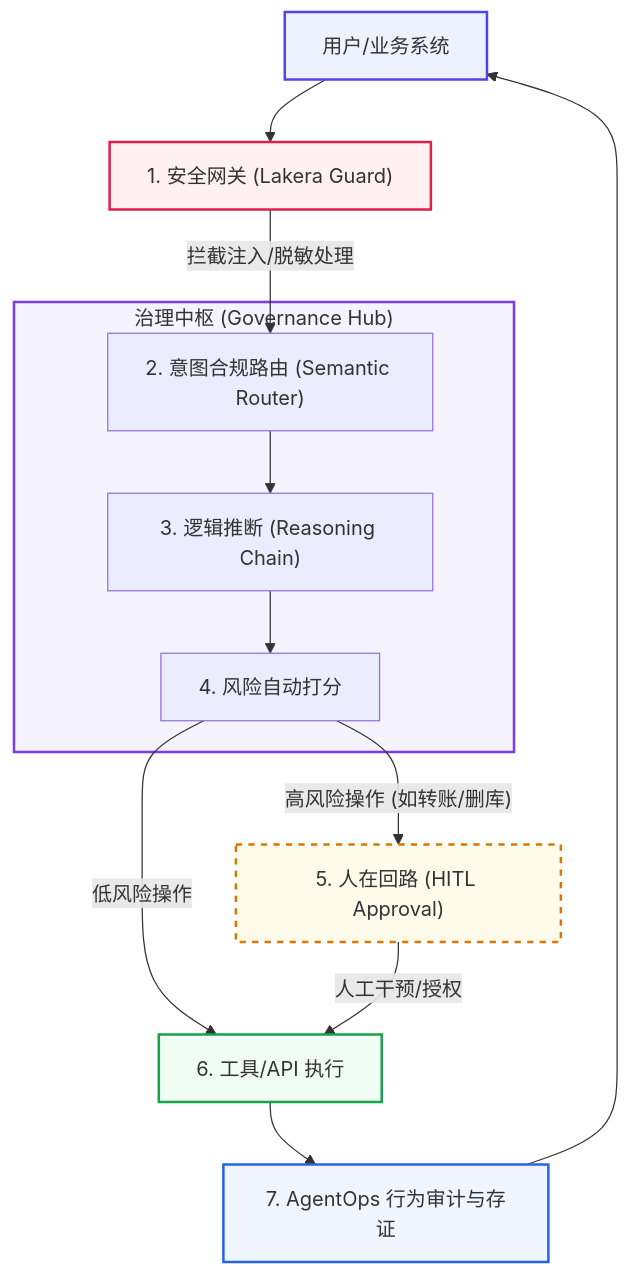
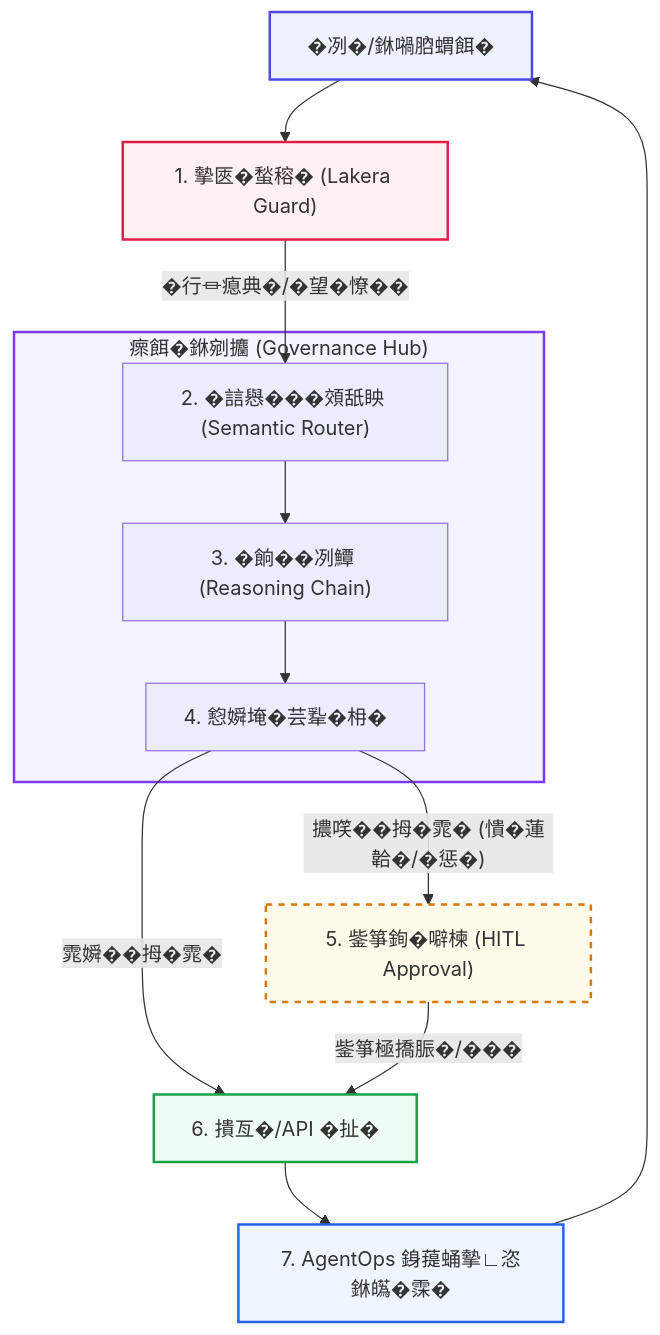
Before and after one commit to wangchong2023/lang-chain-graph: diagram 14 of 16 in doc/AI_Knowledge_Roadmap.md, drawn with Mermaid. The commit also changed other lines of this file, not shown here.

Commit message:
docs: update AI knowledge roadmap with new learning milestones

````diff
--- a/doc/AI_Knowledge_Roadmap.md
+++ b/doc/AI_Knowledge_Roadmap.md
@@ -1179,25 +1154,25 @@
 ```mermaid
 graph TD
-    User["用户/业务系统"] --> EntryGate["1. 安全网关 (Lakera Guard)"]
-    EntryGate -- "拦截注入/脱敏处理" --> Router["2. 意图合规路由 (Semantic Router)"]
+    User["�冽�/銝𡁜𦛚蝟餌�"] --> EntryGate["1. 摰匧�蝵穃� (Lakera Guard)"]
+    EntryGate -- "�行⏛瘜典�/�望�憭��" --> Router["2. �誩㦛���頝舐眏 (Semantic Router)"]
     
-    subgraph GovHub ["治理中枢 (Governance Hub)"]
-        Router --> Reasoning["3. 逻辑推断 (Reasoning Chain)"]
-        Reasoning --> RiskScoring["4. 风险自动打分"]
+    subgraph GovHub ["瘝餌�銝剜攟 (Governance Hub)"]
+        Router --> Reasoning["3. �餉��冽鱏 (Reasoning Chain)"]
+        Reasoning --> RiskScoring["4. 憌𡡞埯�芸𢆡�枏�"]
     end
     
-    RiskScoring -- "高风险操作 (如转账/删库)" --> HITL["5. 人在回路 (HITL Approval)"]
-    RiskScoring -- "低风险操作" --> Execute["6. 工具/API 执行"]
+    RiskScoring -- "擃㗛��拇�雿� (憒�蓮韐�/�惩�)" --> HITL["5. 鈭箏銁�噼楝 (HITL Approval)"]
+    RiskScoring -- "雿𡡞��拇�雿�" --> Execute["6. 撌亙�/API �扯�"]
     
-    HITL -- "人工干预/授权" --> Execute
-    Execute --> Audit["7. AgentOps 行为审计与存证"]
+    HITL -- "鈭箏極撟脤�/���" --> Execute
+    Execute --> Audit["7. AgentOps 銵䔶蛹摰∟恣銝𤾸�霂�"]
     Audit --> User
 
-    %% 样式美化
+    %% �瑕�蝢𤾸�
     style User fill:#eef2ff,stroke:#4f46e5,stroke-width:2px
     style EntryGate fill:#fff1f2,stroke:#e11d48,stroke-width:2px
     style HITL fill:#fffbeb,stroke:#d97706,stroke-width:2px,stroke-dasharray: 5 5
     style Execute fill:#f0fdf4,stroke:#16a34a,stroke-width:2px
     style Audit fill:#eff6ff,stroke:#2563eb,stroke-width:2px
     style GovHub fill:#f5f3ff,stroke:#7c3aed,stroke-width:2px
 ```
````
